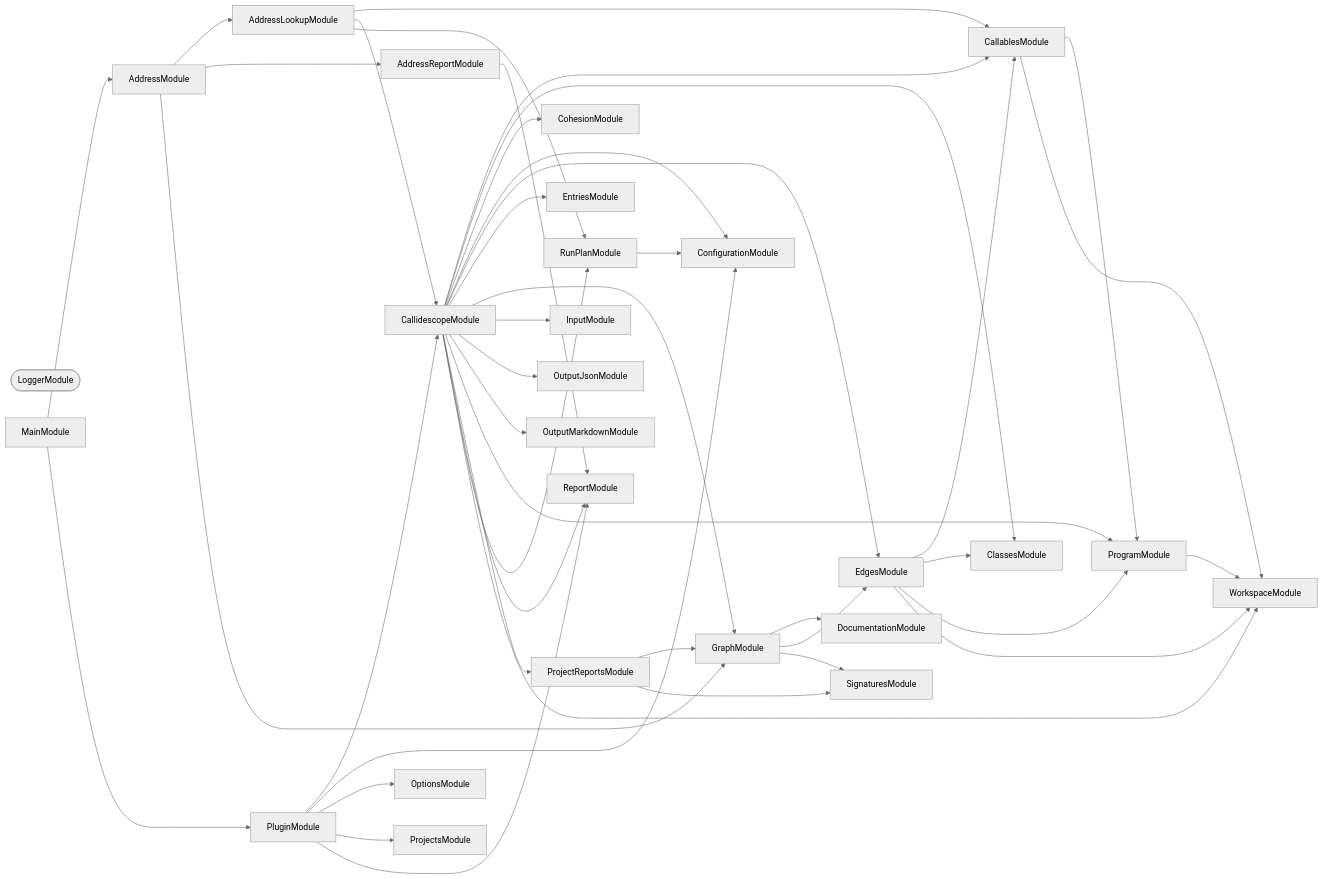
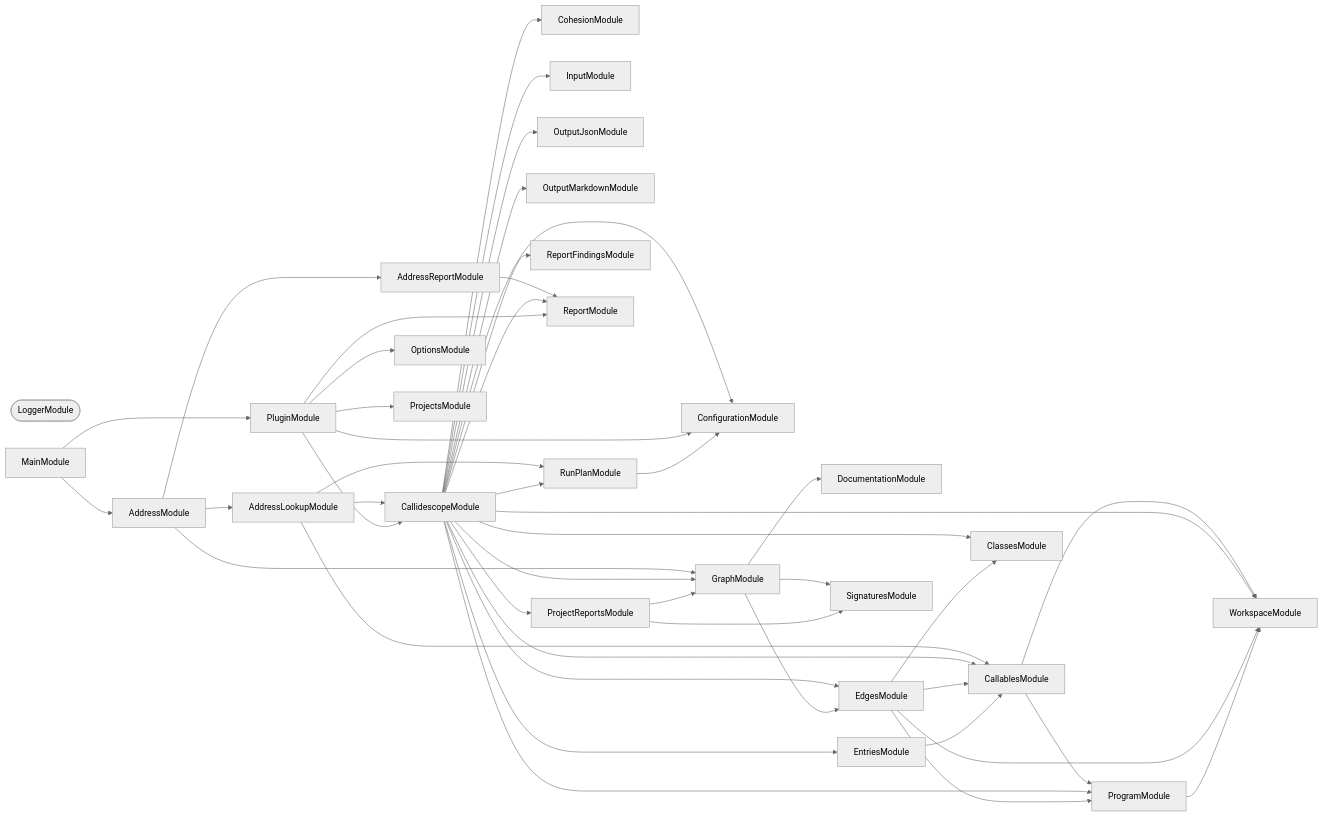
The second of 3 diagrams in packages/callidescope-nx/README.md (JimmyPaolini/codebase), drawn with Mermaid (neutral theme) before and after one commit. The commit also changed other lines of this file and 17 other files, not shown here.

````diff
--- a/packages/callidescope-nx/README.md
+++ b/packages/callidescope-nx/README.md
@@ -248,71 +248,74 @@
 ```mermaid
 flowchart LR
   AddressLookupModule
   AddressModule
   AddressReportModule
   CallablesModule
   CallidescopeModule
   ClassesModule
   CohesionModule
   ConfigurationModule
   DocumentationModule
   EdgesModule
   EntriesModule
   GraphModule
   InputModule
   LoggerModule([LoggerModule])
   MainModule
   OptionsModule
   OutputJsonModule
   OutputMarkdownModule
   PluginModule
   ProgramModule
   ProjectReportsModule
   ProjectsModule
+  ReportFindingsModule
   ReportModule
   RunPlanModule
   SignaturesModule
   WorkspaceModule
   AddressLookupModule --> CallablesModule
   AddressLookupModule --> CallidescopeModule
   AddressLookupModule --> RunPlanModule
   AddressModule --> AddressLookupModule
   AddressModule --> AddressReportModule
   AddressModule --> GraphModule
   AddressReportModule --> ReportModule
   CallablesModule --> ProgramModule
   CallablesModule --> WorkspaceModule
   CallidescopeModule --> CallablesModule
   CallidescopeModule --> ClassesModule
   CallidescopeModule --> CohesionModule
   CallidescopeModule --> ConfigurationModule
   CallidescopeModule --> EdgesModule
   CallidescopeModule --> EntriesModule
   CallidescopeModule --> GraphModule
   CallidescopeModule --> InputModule
   CallidescopeModule --> OutputJsonModule
   CallidescopeModule --> OutputMarkdownModule
   CallidescopeModule --> ProgramModule
   CallidescopeModule --> ProjectReportsModule
+  CallidescopeModule --> ReportFindingsModule
   CallidescopeModule --> ReportModule
   CallidescopeModule --> RunPlanModule
   CallidescopeModule --> WorkspaceModule
   EdgesModule --> CallablesModule
   EdgesModule --> ClassesModule
   EdgesModule --> ProgramModule
   EdgesModule --> WorkspaceModule
+  EntriesModule --> CallablesModule
   GraphModule --> DocumentationModule
   GraphModule --> EdgesModule
   GraphModule --> SignaturesModule
   MainModule --> AddressModule
   MainModule --> PluginModule
   PluginModule --> CallidescopeModule
   PluginModule --> ConfigurationModule
   PluginModule --> OptionsModule
   PluginModule --> ProjectsModule
   PluginModule --> ReportModule
   ProgramModule --> WorkspaceModule
   ProjectReportsModule --> GraphModule
   ProjectReportsModule --> SignaturesModule
   RunPlanModule --> ConfigurationModule
 ```
````
